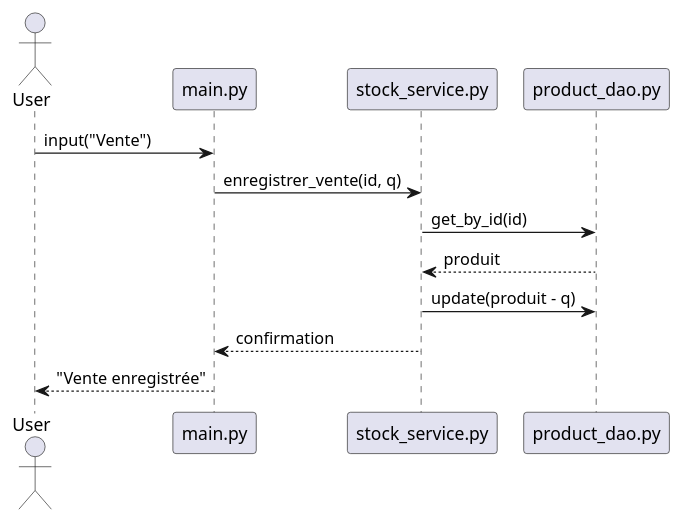
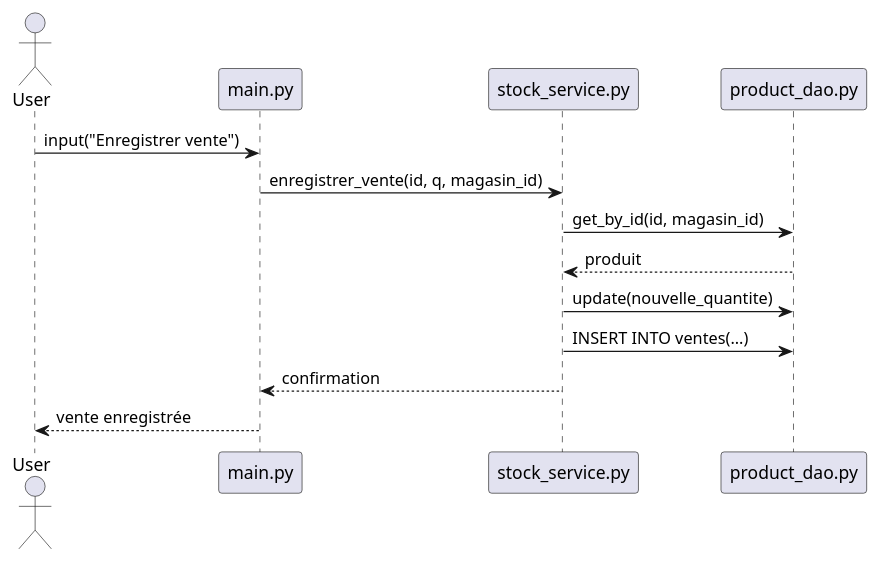
The diagram in docs/UML/sequence_diagrams/enregistrer_vente.puml (Ludo67/LOG430-Lab0), drawn with PlantUML before and after one commit. The commit also changed 19 other files, not shown here.

```diff
--- a/docs/UML/sequence_diagrams/enregistrer_vente.puml
+++ b/docs/UML/sequence_diagrams/enregistrer_vente.puml
@@ -1,14 +1,15 @@
 @startuml sequence_diagram_vente
 actor User
 participant "main.py" as Main
-participant "stock_service.py" as Service
+participant "stock_service.py" as Stock
 participant "product_dao.py" as DAO
 
-User -> Main : input("Vente")
-Main -> Service : enregistrer_vente(id, q)
-Service -> DAO : get_by_id(id)
-DAO --> Service : produit
-Service -> DAO : update(produit - q)
-Service --> Main : confirmation
-Main --> User : "Vente enregistrée"
+User -> Main : input("Enregistrer vente")
+Main -> Stock : enregistrer_vente(id, q, magasin_id)
+Stock -> DAO : get_by_id(id, magasin_id)
+DAO --> Stock : produit
+Stock -> DAO : update(nouvelle_quantite)
+Stock -> DAO : INSERT INTO ventes(...)
+Stock --> Main : confirmation
+Main --> User : vente enregistrée
 @enduml
```
